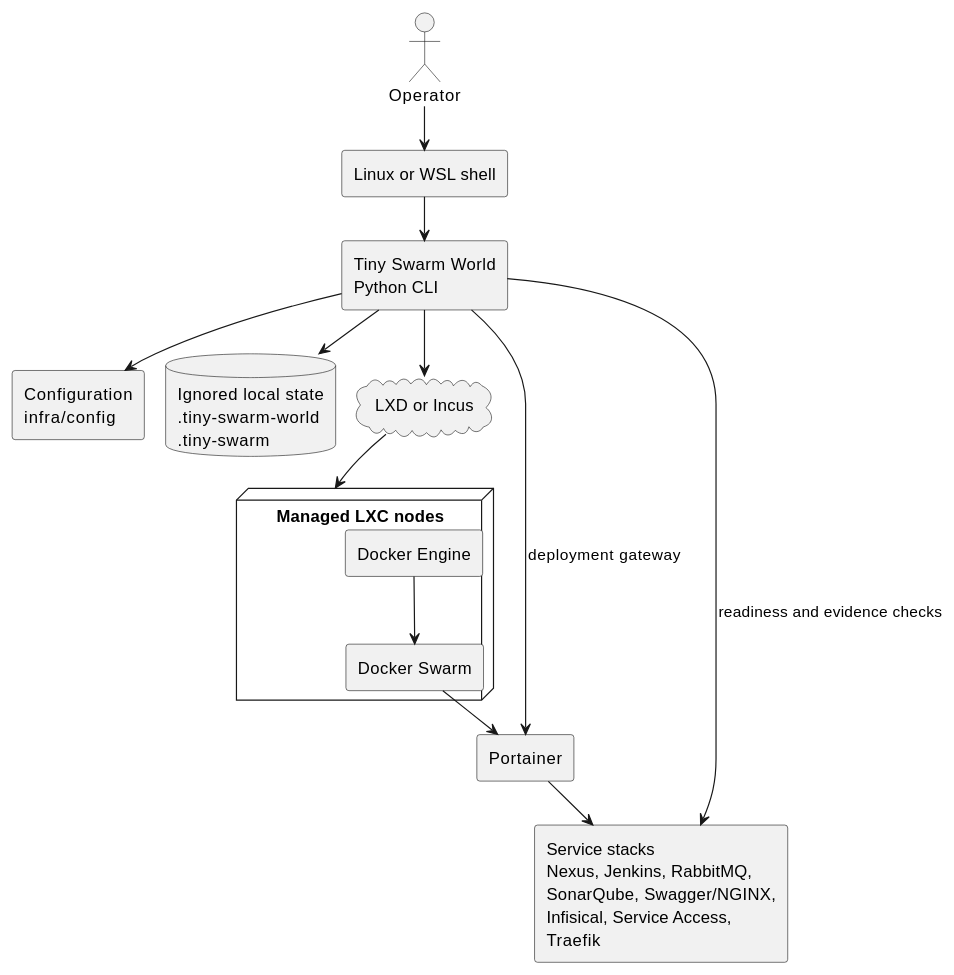
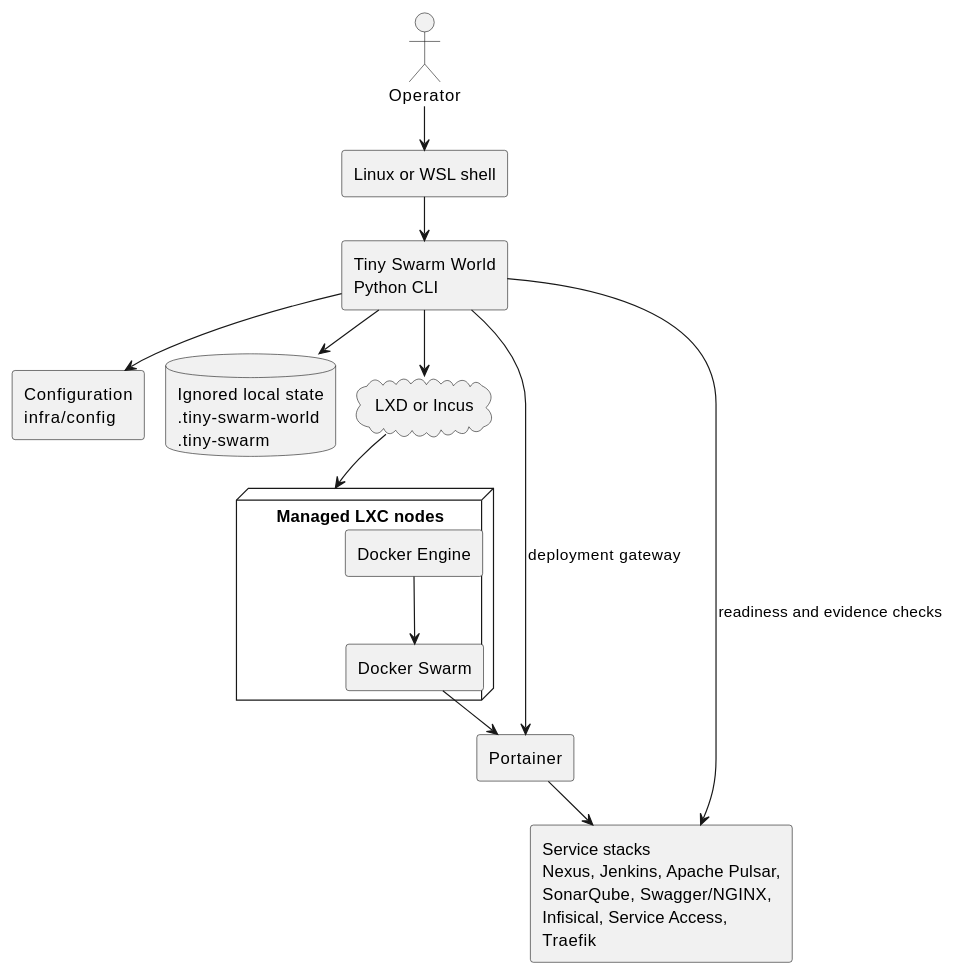
The first of 4 diagrams in documentation/arc42.adoc (MatthiasBurger-Coder/Tiny-Swarm-World), drawn with PlantUML before and after one commit. The commit also changed 23 other files, not shown here.

```diff
--- a/documentation/arc42.adoc
+++ b/documentation/arc42.adoc
@@ -19,33 +19,33 @@
 [plantuml,tiny-swarm-world-context,svg]
 ----
 @startuml
 !pragma layout smetana
 skinparam componentStyle rectangle
 skinparam shadowing false
 
 actor Operator
 rectangle "Linux or WSL shell" as Shell
 component "Tiny Swarm World\nPython CLI" as CLI
 component "Configuration\ninfra/config" as Config
 database "Ignored local state\n.tiny-swarm-world\n.tiny-swarm" as LocalState
 cloud "LXD or Incus" as Provider
 node "Managed LXC nodes" as Nodes {
   component "Docker Engine" as Docker
   component "Docker Swarm" as Swarm
 }
 component "Portainer" as Portainer
-component "Service stacks\nNexus, Jenkins, RabbitMQ,\nSonarQube, Swagger/NGINX,\nInfisical, Service Access,\nTraefik" as Stacks
+component "Service stacks\nNexus, Jenkins, Apache Pulsar,\nSonarQube, Swagger/NGINX,\nInfisical, Service Access,\nTraefik" as Stacks
 
 Operator --> Shell
 Shell --> CLI
 CLI --> Config
 CLI --> LocalState
 CLI --> Provider
 Provider --> Nodes
 Docker --> Swarm
 Swarm --> Portainer
 Portainer --> Stacks
 CLI --> Portainer : deployment gateway
 CLI --> Stacks : readiness and evidence checks
 @enduml
 ----
```
